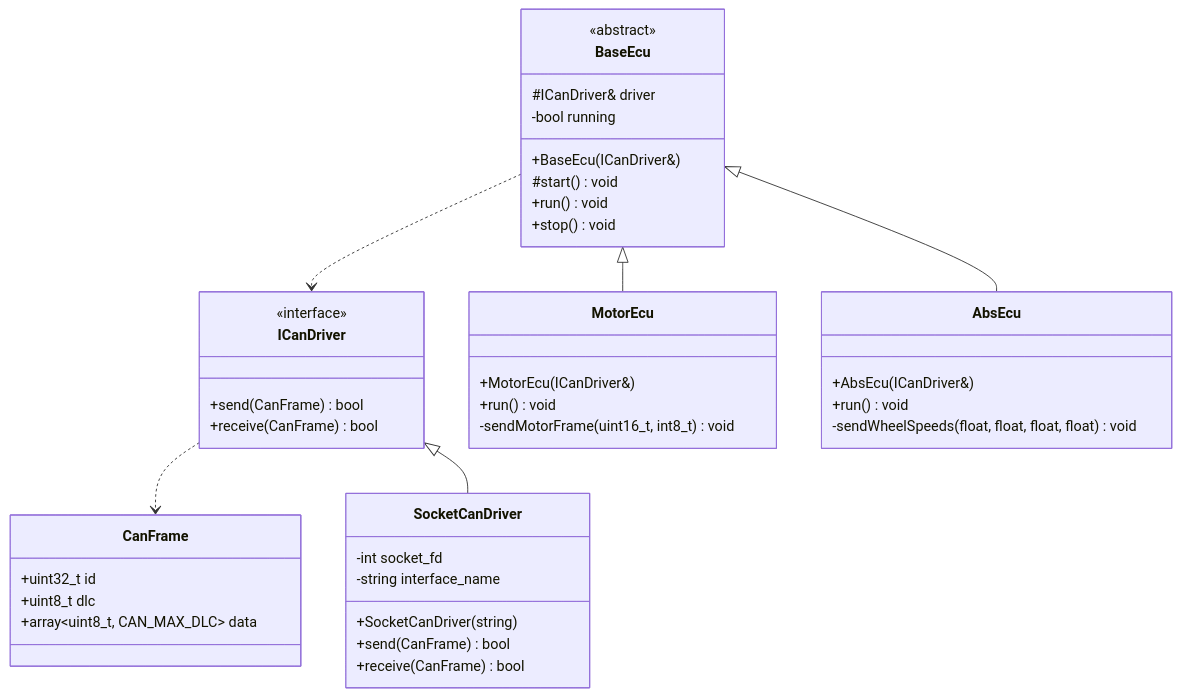
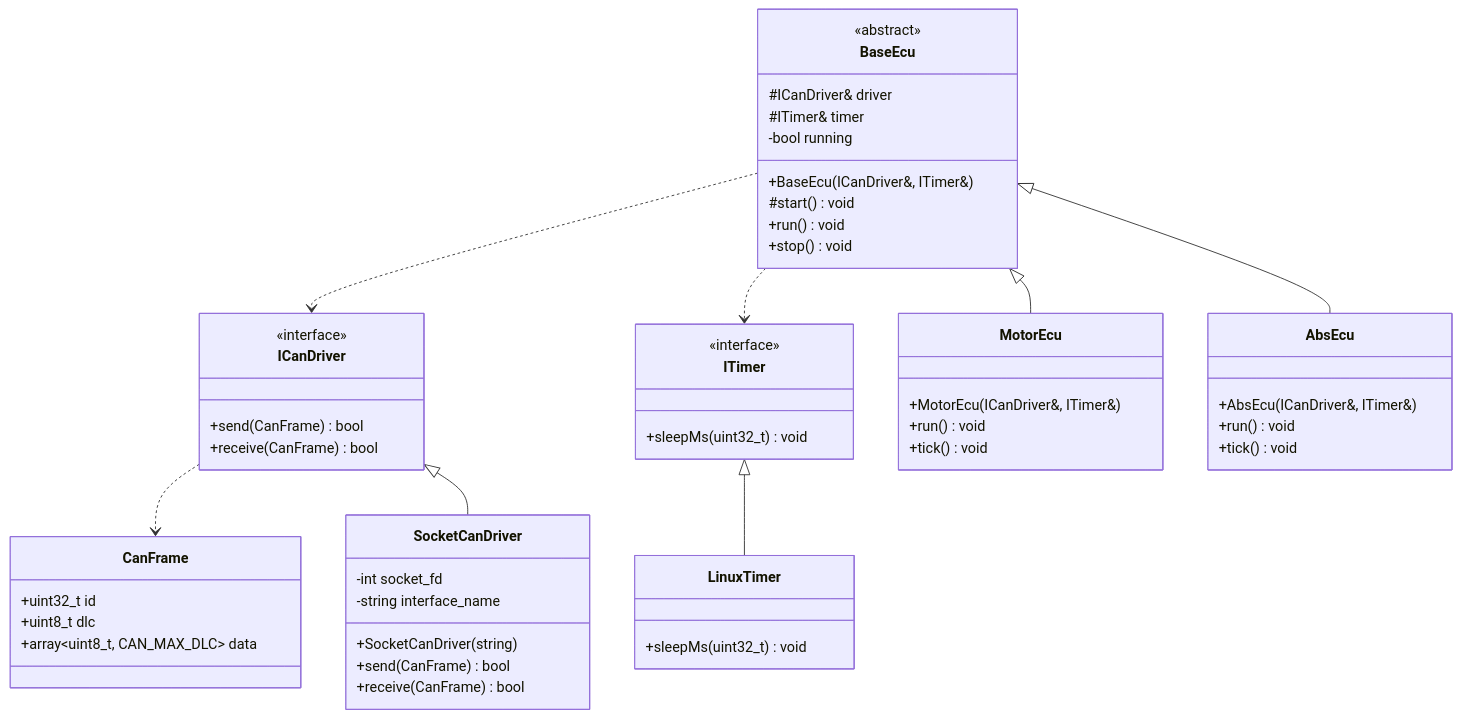
One commit to brahimab8/vcan-sim changed the diagram in docs/architecture.md. Above: the diagram before and after it, drawn with Mermaid. The commit also changed other lines of this file and 2 other files, not shown here.

Commit message:
docs: update README with getting started, add timer to architecture and add signal_encoding.md file

````diff
--- a/docs/architecture.md
+++ b/docs/architecture.md
@@ -18,50 +18,62 @@
 ```mermaid
 classDiagram
     class CanFrame {
         +uint32_t id
         +uint8_t dlc
         +array~uint8_t, CAN_MAX_DLC~ data
     }
 
     class ICanDriver {
         <<interface>>
         +send(CanFrame) bool
         +receive(CanFrame) bool
     }
 
     class SocketCanDriver {
         -int socket_fd
         -string interface_name
         +SocketCanDriver(string)
         +send(CanFrame) bool
         +receive(CanFrame) bool
     }
 
+    class ITimer {
+        <<interface>>
+        +sleepMs(uint32_t) void
+    }
+
+    class LinuxTimer {
+        +sleepMs(uint32_t) void
+    }
+
     class BaseEcu {
         <<abstract>>
         #ICanDriver& driver
+        #ITimer& timer
         -bool running
-        +BaseEcu(ICanDriver&)
+        +BaseEcu(ICanDriver&, ITimer&)
         #start() void
         +run() void
         +stop() void
     }
 
     class MotorEcu {
-        +MotorEcu(ICanDriver&)
+        +MotorEcu(ICanDriver&, ITimer&)
         +run() void
-        -sendMotorFrame(uint16_t, int8_t) void
+        +tick() void
     }
 
     class AbsEcu {
-        +AbsEcu(ICanDriver&)
+        +AbsEcu(ICanDriver&, ITimer&)
         +run() void
-        -sendWheelSpeeds(float, float, float, float) void
+        +tick() void
     }
 
     ICanDriver ..> CanFrame
     ICanDriver <|-- SocketCanDriver
+    ITimer <|-- LinuxTimer
     BaseEcu <|-- MotorEcu
     BaseEcu <|-- AbsEcu
     BaseEcu ..> ICanDriver
+    BaseEcu ..> ITimer
 ```
````
